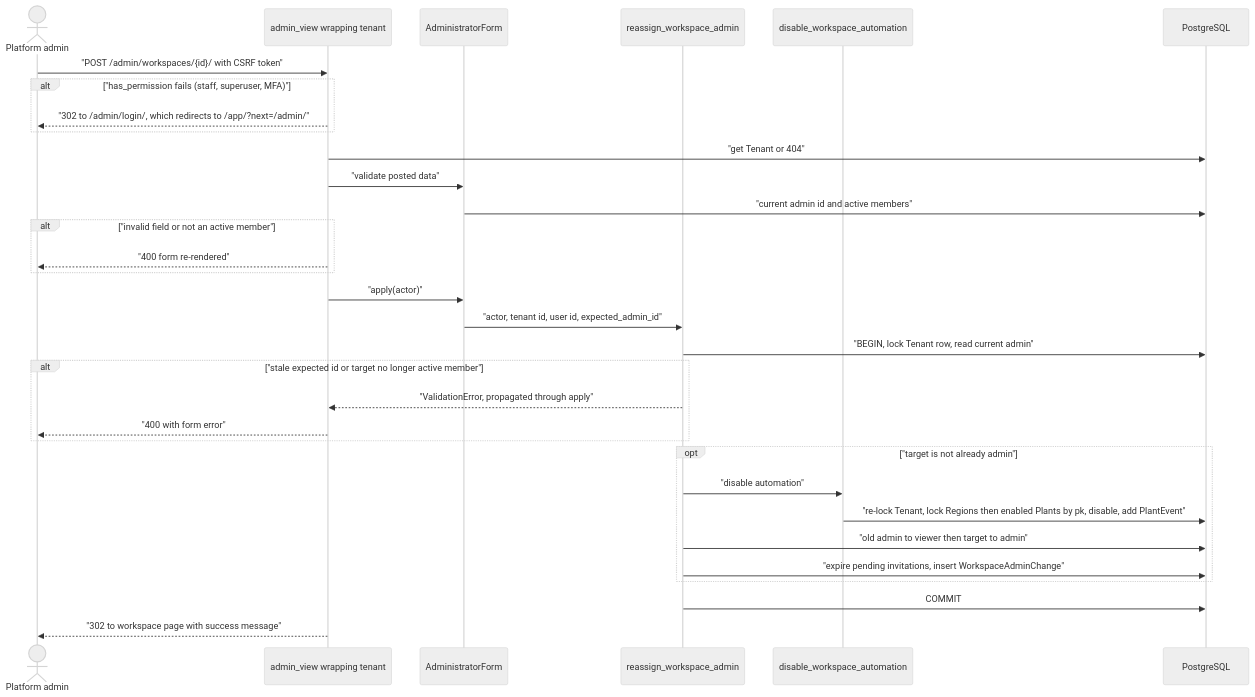
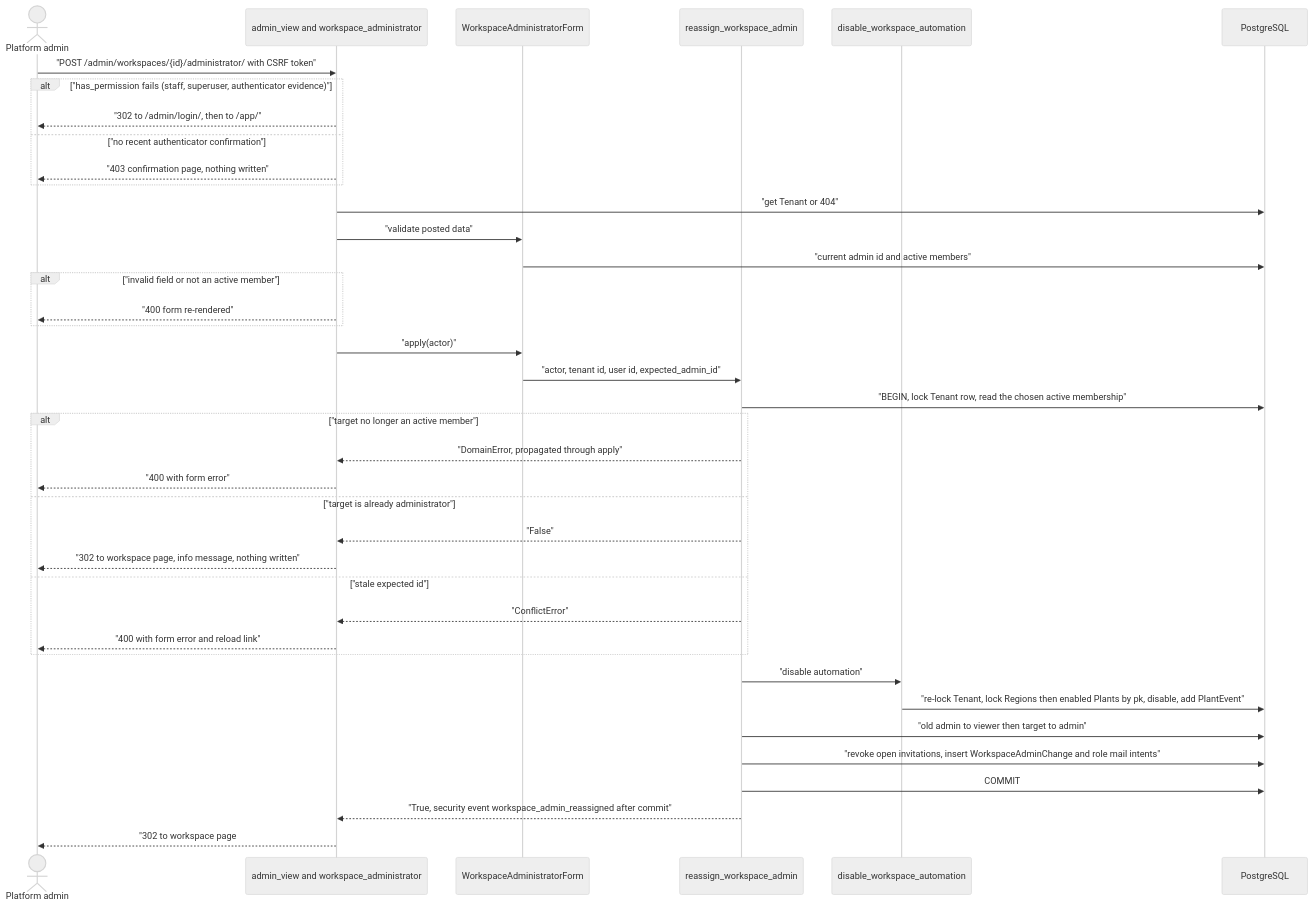
The diagram in docs/flows/workspace-admin-reassignment.md (erkurtharun/pyracast), drawn with Mermaid (neutral theme) before and after one commit. The commit also changed other lines of this file and 85 other files, not shown here.

First line of the commit message:
Bring the flow pages in line with the code (#107)

````diff
--- a/docs/flows/workspace-admin-reassignment.md
+++ b/docs/flows/workspace-admin-reassignment.md
@@ -13,34 +14,41 @@
 ```mermaid
 sequenceDiagram
     actor PA as Platform admin
-    participant V as admin_view wrapping tenant
-    participant F as AdministratorForm
+    participant V as admin_view and workspace_administrator
+    participant F as WorkspaceAdministratorForm
     participant Op as reassign_workspace_admin
     participant Au as disable_workspace_automation
     participant DB as PostgreSQL
-    PA->>V: "POST /admin/workspaces/{id}/ with CSRF token"
-    alt "has_permission fails (staff, superuser, MFA)"
-        V-->>PA: "302 to /admin/login/, which redirects to /app/?next=/admin/"
+    PA->>V: "POST /admin/workspaces/{id}/administrator/ with CSRF token"
+    alt "has_permission fails (staff, superuser, authenticator evidence)"
+        V-->>PA: "302 to /admin/login/, then to /app/"
+    else "no recent authenticator confirmation"
+        V-->>PA: "403 confirmation page, nothing written"
     end
     V->>DB: "get Tenant or 404"
     V->>F: "validate posted data"
     F->>DB: "current admin id and active members"
     alt "invalid field or not an active member"
         V-->>PA: "400 form re-rendered"
     end
     V->>F: "apply(actor)"
     F->>Op: "actor, tenant id, user id, expected_admin_id"
-    Op->>DB: "BEGIN, lock Tenant row, read current admin"
-    alt "stale expected id or target no longer active member"
-        Op-->>V: "ValidationError, propagated through apply"
+    Op->>DB: "BEGIN, lock Tenant row, read the chosen active membership"
+    alt "target no longer an active member"
+        Op-->>V: "DomainError, propagated through apply"
         V-->>PA: "400 with form error"
+    else "target is already administrator"
+        Op-->>V: "False"
+        V-->>PA: "302 to workspace page, info message, nothing written"
+    else "stale expected id"
+        Op-->>V: "ConflictError"
+        V-->>PA: "400 with form error and reload link"
     end
-    opt "target is not already admin"
-        Op->>Au: "disable automation"
-        Au->>DB: "re-lock Tenant, lock Regions then enabled Plants by pk, disable, add PlantEvent"
-        Op->>DB: "old admin to viewer then target to admin"
-        Op->>DB: "expire pending invitations, insert WorkspaceAdminChange"
-    end
+    Op->>Au: "disable automation"
+    Au->>DB: "re-lock Tenant, lock Regions then enabled Plants by pk, disable, add PlantEvent"
+    Op->>DB: "old admin to viewer then target to admin"
+    Op->>DB: "revoke open invitations, insert WorkspaceAdminChange and role mail intents"
     Op->>DB: COMMIT
-    V-->>PA: "302 to workspace page with success message"
+    Op-->>V: "True, security event workspace_admin_reassigned after commit"
+    V-->>PA: "302 to workspace page #members-title with success message"
 ```
````
